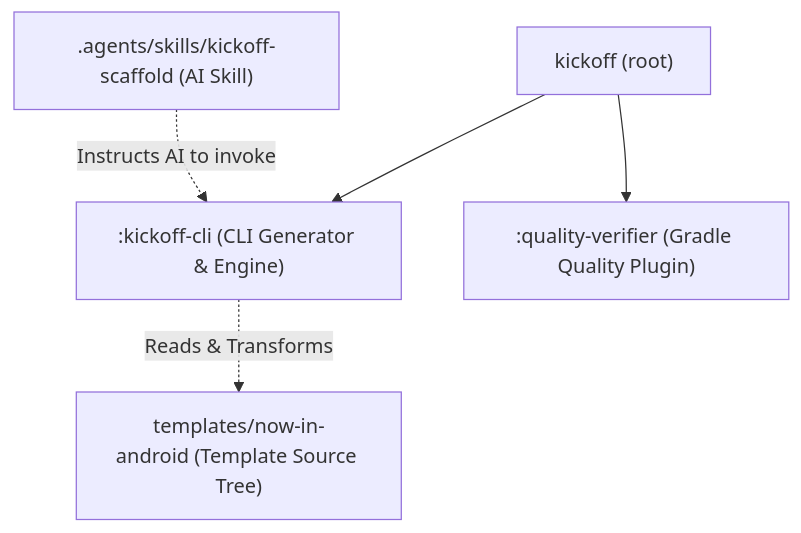
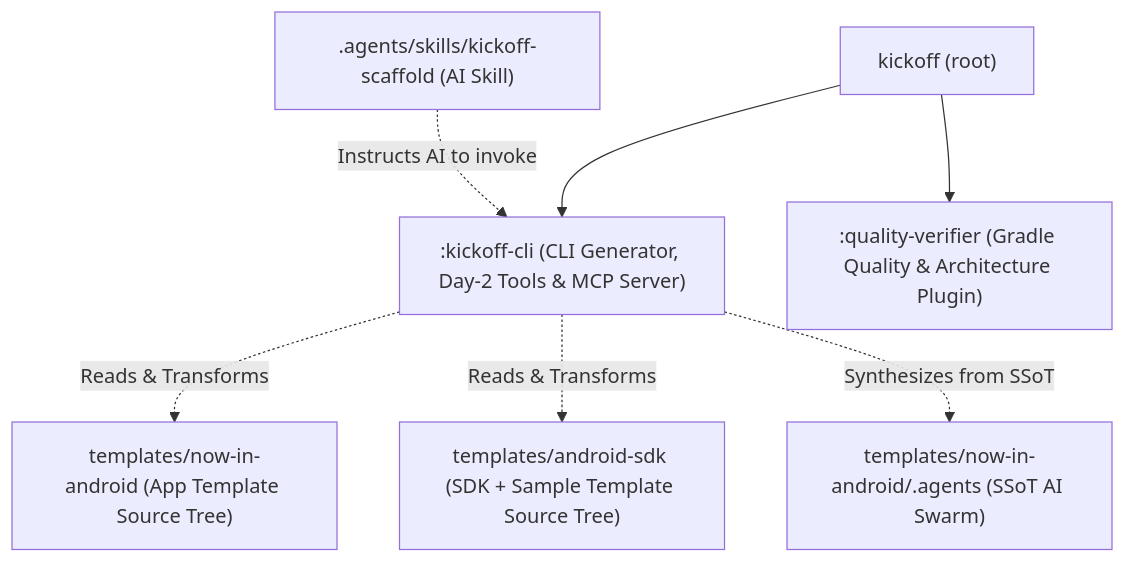
Before and after one commit to Andrer757/Kickoff-V2: the first of 3 diagrams in docs/ARCHITECTURE.md, drawn with Mermaid. The commit also changed other lines of this file and 182 other files, not shown here.

First line of the commit message:
feat: elevate platform with sdk template, day-2 commands, mcp server, and modernized verifier

````diff
--- a/docs/ARCHITECTURE.md
+++ b/docs/ARCHITECTURE.md
@@ -11,13 +11,17 @@
 ```mermaid
 graph TD
     Root["kickoff (root)"]
-    CLI[":kickoff-cli (CLI Generator & Engine)"]
-    Plugin[":quality-verifier (Gradle Quality Plugin)"]
-    Template["templates/now-in-android (Template Source Tree)"]
+    CLI[":kickoff-cli (CLI Generator, Day-2 Tools & MCP Server)"]
+    Plugin[":quality-verifier (Gradle Quality & Architecture Plugin)"]
+    TplApp["templates/now-in-android (App Template Source Tree)"]
+    TplSdk["templates/android-sdk (SDK + Sample Template Source Tree)"]
+    CanonicalAI["templates/now-in-android/.agents (SSoT AI Swarm)"]
     AgentSkill[".agents/skills/kickoff-scaffold (AI Skill)"]
 
     Root --> CLI
     Root --> Plugin
-    CLI -.->|Reads & Transforms| Template
+    CLI -.->|Reads & Transforms| TplApp
+    CLI -.->|Reads & Transforms| TplSdk
+    CLI -.->|Synthesizes from SSoT| CanonicalAI
     AgentSkill -.->|Instructs AI to invoke| CLI
 ```
````
